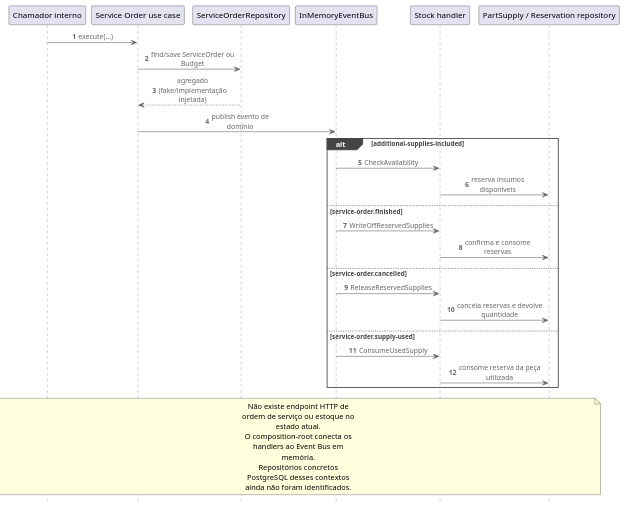
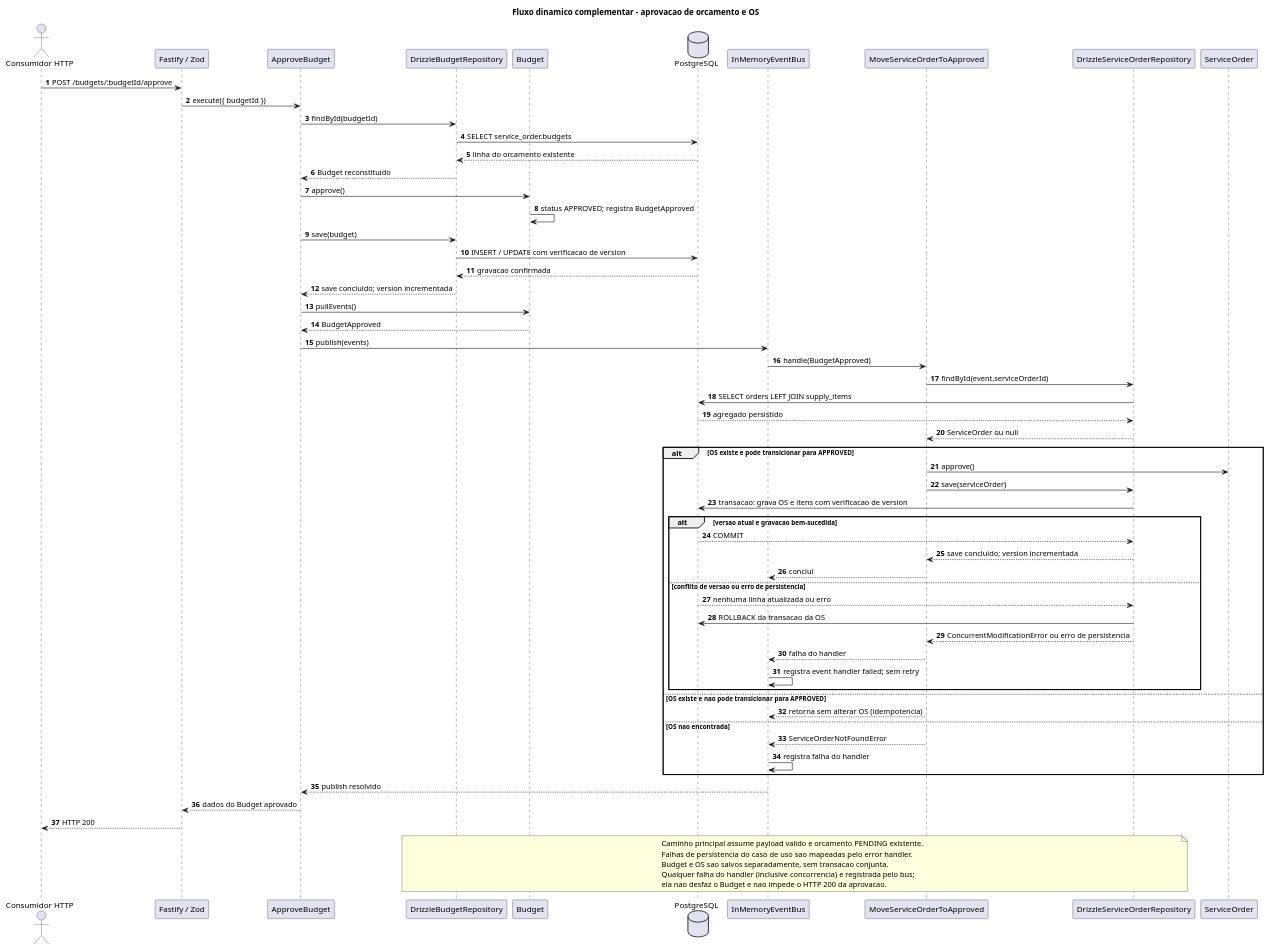
The diagram in docs/plantuml/flows/service-order.puml (15soat-fiap-45/api.mecanica), drawn with PlantUML before and after one commit. The commit also changed 4 other files, not shown here.

Commit message:
docs(service-order): document C4 architecture and budget approval flow

```diff
--- a/docs/plantuml/flows/service-order.puml
+++ b/docs/plantuml/flows/service-order.puml
@@ -1,36 +1,69 @@
-@startuml Fluxo: Casos de Uso de Ordem e Estoque
-!include https://raw.githubusercontent.com/plantuml-stdlib/C4-PlantUML/master/C4_Sequence.puml
+@startuml service_order_budget_approval
+title Fluxo dinamico complementar - aprovacao de orcamento e OS
 autonumber
+actor "Consumidor HTTP" as Caller
+participant "Fastify / Zod" as HTTP
+participant ApproveBudget as UseCase
+participant DrizzleBudgetRepository as BudgetRepo
+participant Budget
+database "PostgreSQL" as DB
+participant InMemoryEventBus as Bus
+participant MoveServiceOrderToApproved as Handler
+participant DrizzleServiceOrderRepository as OrderRepo
+participant ServiceOrder as Order
 
-participant Caller as "Chamador interno"
-participant UseCase as "Service Order use case"
-participant OrderRepo as "ServiceOrderRepository"
-participant Bus as "InMemoryEventBus"
-participant StockHandler as "Stock handler"
-participant StockRepo as "PartSupply / Reservation repository"
+Caller -> HTTP: POST /budgets/:budgetId/approve
+HTTP -> UseCase: execute({ budgetId })
+UseCase -> BudgetRepo: findById(budgetId)
+BudgetRepo -> DB: SELECT service_order.budgets
+DB --> BudgetRepo: linha do orcamento existente
+BudgetRepo --> UseCase: Budget reconstituido
+UseCase -> Budget: approve()
+Budget -> Budget: status APPROVED; registra BudgetApproved
+UseCase -> BudgetRepo: save(budget)
+BudgetRepo -> DB: INSERT / UPDATE com verificacao de version
+DB --> BudgetRepo: gravacao confirmada
+BudgetRepo --> UseCase: save concluido; version incrementada
+UseCase -> Budget: pullEvents()
+Budget --> UseCase: BudgetApproved
+UseCase -> Bus: publish(events)
+Bus -> Handler: handle(BudgetApproved)
+Handler -> OrderRepo: findById(event.serviceOrderId)
+OrderRepo -> DB: SELECT orders LEFT JOIN supply_items
+DB --> OrderRepo: agregado persistido
+OrderRepo --> Handler: ServiceOrder ou null
 
-Caller -> UseCase: execute(...)
-UseCase -> OrderRepo: find/save ServiceOrder ou Budget
-OrderRepo --> UseCase: agregado (fake/implementação injetada)
-UseCase -> Bus: publish evento de domínio
-
-alt additional-supplies-included
-    Bus -> StockHandler: CheckAvailability
-    StockHandler -> StockRepo: reserva insumos disponíveis
-else service-order.finished
-    Bus -> StockHandler: WriteOffReservedSupplies
-    StockHandler -> StockRepo: confirma e consome reservas
-else service-order.cancelled
-    Bus -> StockHandler: ReleaseReservedSupplies
-    StockHandler -> StockRepo: cancela reservas e devolve quantidade
-else service-order.supply-used
-    Bus -> StockHandler: ConsumeUsedSupply
-    StockHandler -> StockRepo: consome reserva da peça utilizada
+alt OS existe e pode transicionar para APPROVED
+  Handler -> Order: approve()
+  Handler -> OrderRepo: save(serviceOrder)
+  OrderRepo -> DB: transacao: grava OS e itens com verificacao de version
+  alt versao atual e gravacao bem-sucedida
+    DB --> OrderRepo: COMMIT
+    OrderRepo --> Handler: save concluido; version incrementada
+    Handler --> Bus: conclui
+  else conflito de versao ou erro de persistencia
+    DB --> OrderRepo: nenhuma linha atualizada ou erro
+    OrderRepo -> DB: ROLLBACK da transacao da OS
+    OrderRepo --> Handler: ConcurrentModificationError ou erro de persistencia
+    Handler --> Bus: falha do handler
+    Bus -> Bus: registra event handler failed; sem retry
+  end
+else OS existe e nao pode transicionar para APPROVED
+  Handler --> Bus: retorna sem alterar OS (idempotencia)
+else OS nao encontrada
+  Handler --> Bus: ServiceOrderNotFoundError
+  Bus -> Bus: registra falha do handler
 end
 
-note over Caller,StockRepo
-    Não existe endpoint HTTP de ordem de serviço ou estoque no estado atual.
-    O composition-root conecta os handlers ao Event Bus em memória.
-    Repositórios concretos PostgreSQL desses contextos ainda não foram identificados.
+Bus --> UseCase: publish resolvido
+UseCase --> HTTP: dados do Budget aprovado
+HTTP --> Caller: HTTP 200
+
+note over BudgetRepo,OrderRepo
+  Caminho principal assume payload valido e orcamento PENDING existente.
+  Falhas de persistencia do caso de uso sao mapeadas pelo error handler.
+  Budget e OS sao salvos separadamente, sem transacao conjunta.
+  Qualquer falha do handler (inclusive concorrencia) e registrada pelo bus;
+  ela nao desfaz o Budget e nao impede o HTTP 200 da aprovacao.
 end note
 @enduml
```
